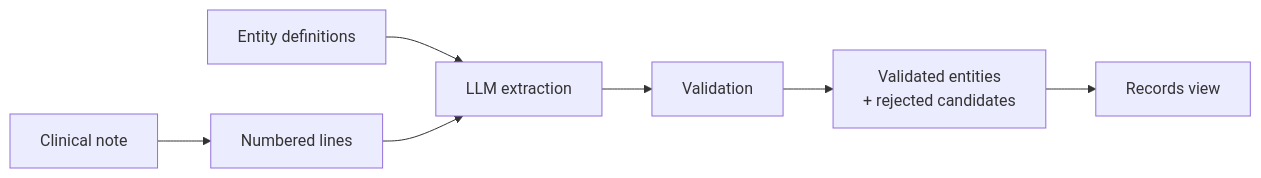
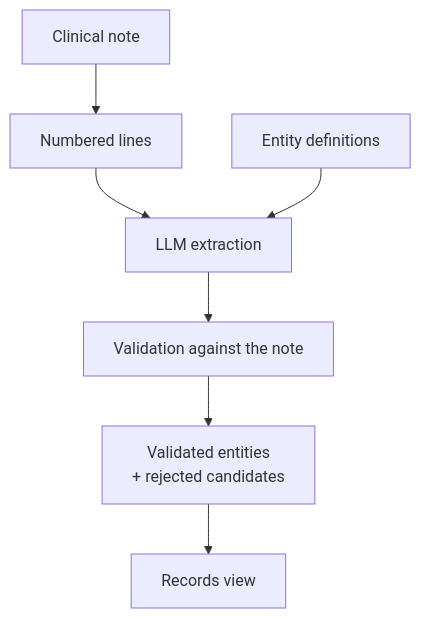
The diagram in docs/getting-started/quick_start_extraction.md (precisiondata/aatm), drawn with Mermaid before and after one commit. The commit also changed 5 other files, not shown here.

First line of the commit message:
docs: lay the Mermaid diagrams out top to bottom

````diff
--- a/docs/getting-started/quick_start_extraction.md
+++ b/docs/getting-started/quick_start_extraction.md
@@ -15,9 +15,9 @@
 ```mermaid
-flowchart LR
+flowchart TB
     A[Clinical note] --> B[Numbered lines]
+    B --> C[LLM extraction]
     D[Entity definitions] --> C
-    B --> C[LLM extraction]
-    C --> E[Validation]
+    C --> E[Validation against the note]
     E --> F[Validated entities<br/>+ rejected candidates]
     F --> G[Records view]
 ```
````
